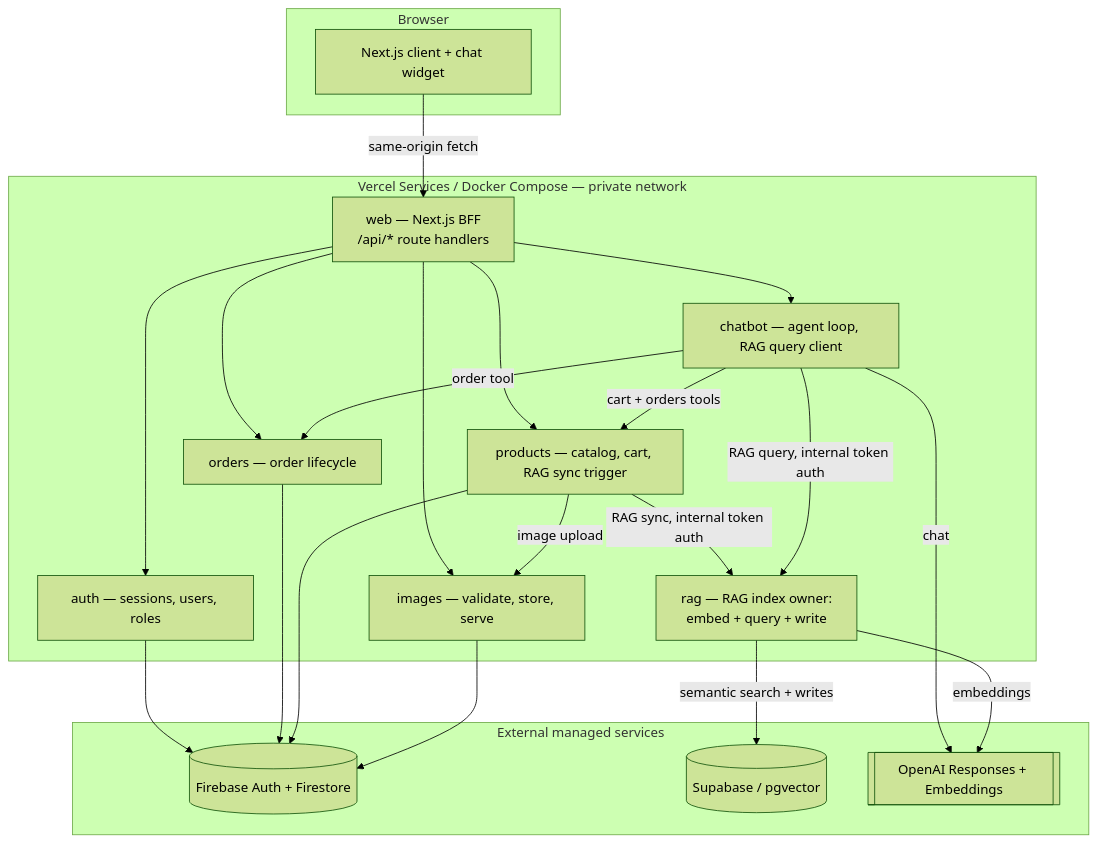
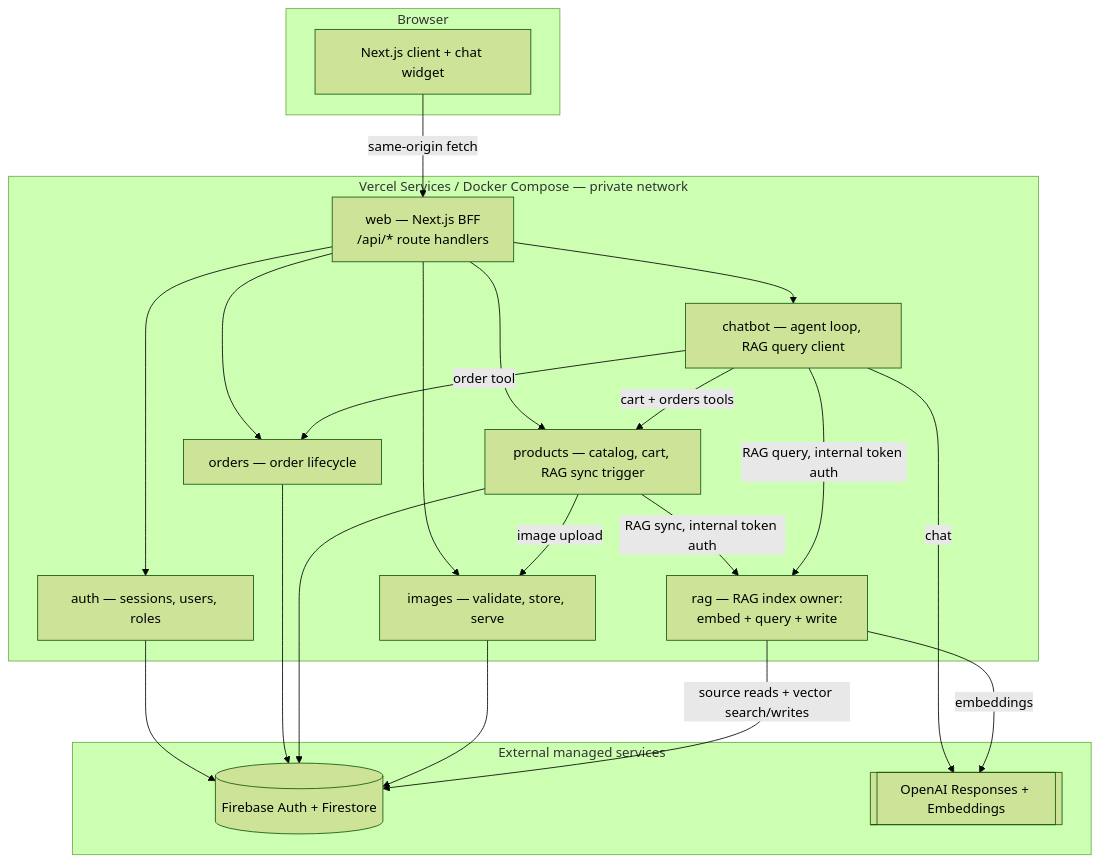
Before and after one commit to ChristianMendozaa/UCB-e-commerce: the first of 4 diagrams in README.md, drawn with Mermaid (forest theme). The commit also changed other lines of this file and 27 other files, not shown here.

Commit message:
Migrate RAG vector storage to Firestore

````diff
--- a/README.md
+++ b/README.md
@@ -54,42 +54,41 @@
 ```mermaid
 graph TB
     subgraph Browser
         UI[Next.js client + chat widget]
     end
 
     subgraph Vercel["Vercel Services / Docker Compose — private network"]
         WEB["web — Next.js BFF<br/>/api/* route handlers"]
         AUTH["auth — sessions, users, roles"]
         ORDERS["orders — order lifecycle"]
         PRODUCTS["products — catalog, cart, RAG sync trigger"]
         CHATBOT["chatbot — agent loop, RAG query client"]
         IMAGES["images — validate, store, serve"]
         RAG["rag — RAG index owner:<br/>embed + query + write"]
     end
 
     subgraph External["External managed services"]
         FIREBASE[(Firebase Auth + Firestore)]
-        SUPABASE[(Supabase / pgvector)]
         OPENAI[[OpenAI Responses + Embeddings]]
     end
 
     UI -->|same-origin fetch| WEB
     WEB --> AUTH
     WEB --> ORDERS
     WEB --> PRODUCTS
     WEB --> CHATBOT
     WEB --> IMAGES
     PRODUCTS -->|image upload| IMAGES
     PRODUCTS -->|RAG sync, internal token auth| RAG
     CHATBOT -->|cart + orders tools| PRODUCTS
     CHATBOT -->|order tool| ORDERS
     CHATBOT -->|RAG query, internal token auth| RAG
 
     AUTH --> FIREBASE
     ORDERS --> FIREBASE
     PRODUCTS --> FIREBASE
     IMAGES --> FIREBASE
     CHATBOT -->|chat| OPENAI
     RAG -->|embeddings| OPENAI
-    RAG -->|semantic search + writes| SUPABASE
+    RAG -->|source reads + vector search/writes| FIREBASE
 ```
````
